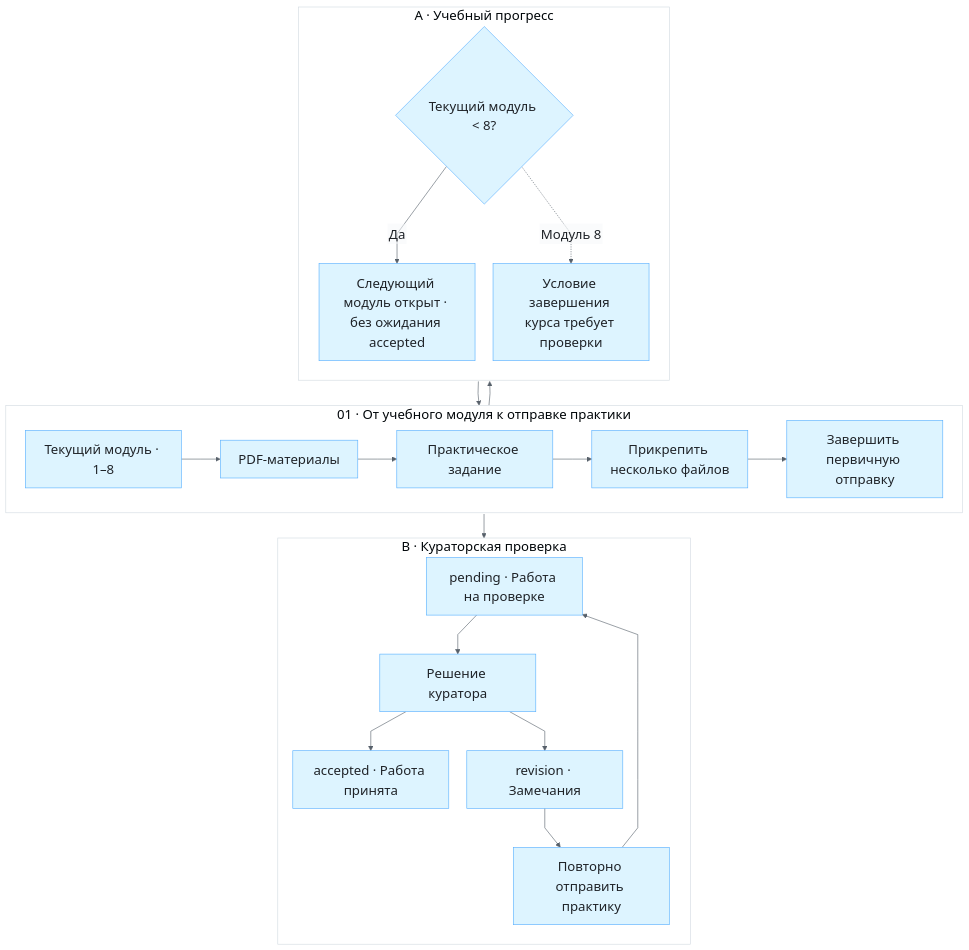
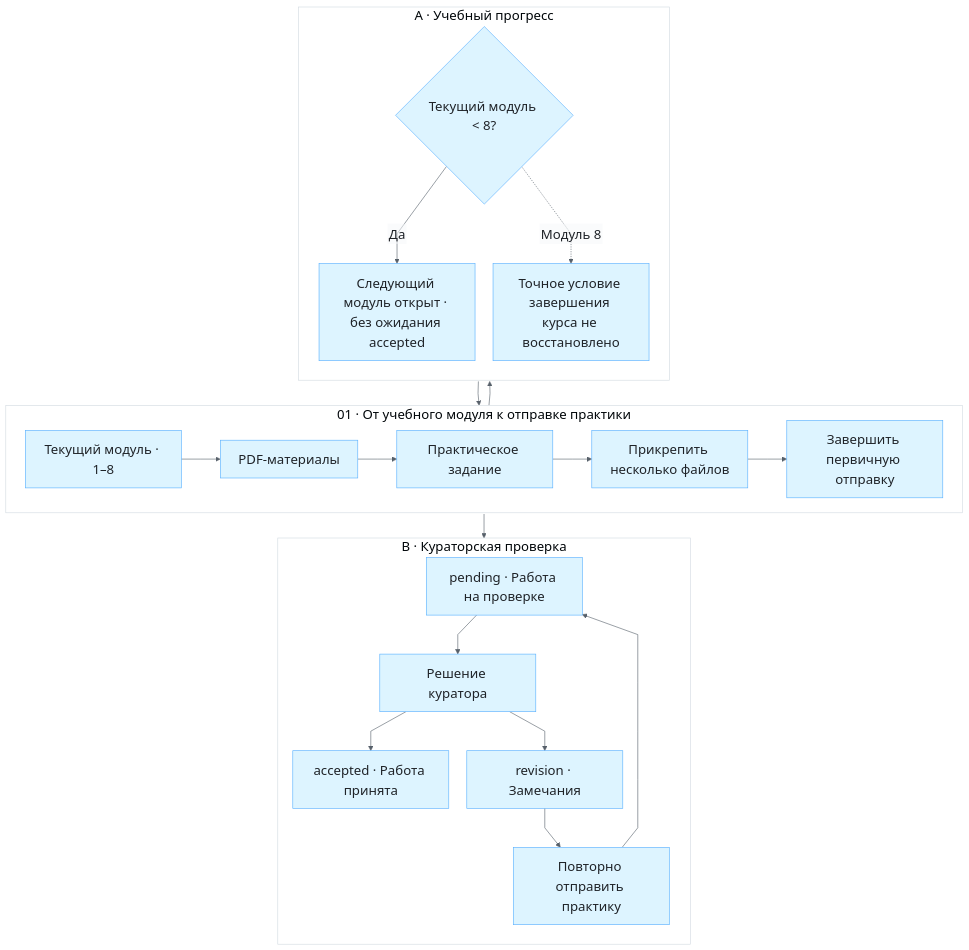
The diagram in paid-bot/architecture/homework-flow.mmd (EugeneCodeCeo/learn-and-earn-case-studies), drawn with Mermaid before and after one commit. The commit also changed 5 other files, not shown here.

```diff
--- a/paid-bot/architecture/homework-flow.mmd
+++ b/paid-bot/architecture/homework-flow.mmd
@@ -1,28 +1,28 @@
 %%{init: {"theme":"base","themeVariables":{"fontFamily":"Segoe UI, Arial, sans-serif","fontSize":"22px","primaryColor":"#ddf4ff","primaryTextColor":"#1f2328","primaryBorderColor":"#54aeff","lineColor":"#57606a","clusterBkg":"#ffffff","clusterBorder":"#d1d9e0","edgeLabelBackground":"#f6f8fa"},"flowchart":{"htmlLabels":false,"curve":"linear","nodeSpacing":30,"rankSpacing":40}}}%%
 flowchart TB
     subgraph initial["01 · От учебного модуля к отправке практики"]
         direction LR
         Module["Текущий модуль · 1–8"] --> PDF["PDF-материалы"]
         PDF --> Practice["Практическое задание"]
         Practice --> Files["Прикрепить несколько файлов"]
         Files --> Submit["Завершить первичную отправку"]
     end
     Submit --> progress
     Submit --> review
     subgraph progress["A · Учебный прогресс"]
         direction TB
         More{"Текущий модуль < 8?"} -->|"Да"| Next["Следующий модуль открыт · без ожидания accepted"]
-        More -.->|"Модуль 8"| Final["Условие завершения курса требует проверки"]
+        More -.->|"Модуль 8"| Final["Точное условие завершения курса не восстановлено"]
         Next --> Module
     end
     subgraph review["B · Кураторская проверка"]
         direction TB
         Pending["pending · Работа на проверке"] --> Decision["Решение куратора"]
         Decision --> Accepted["accepted · Работа принята"]
         Decision --> Revision["revision · Замечания"]
         Revision --> Resubmit["Повторно отправить практику"]
         Resubmit --> Pending
     end
     %% Доступ к следующему модулю и статус практики независимы.
     %% Повторная отправка возвращается только в проверку.
     %% Условие финала после модуля 8 намеренно не реконструируется.
```
